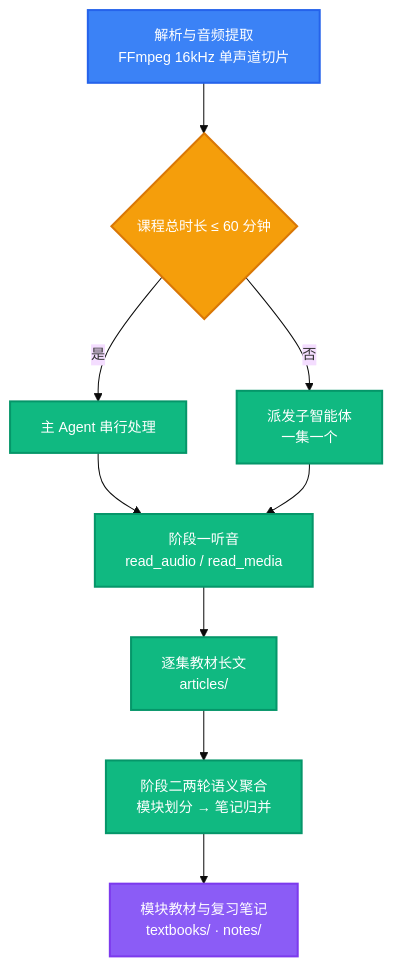
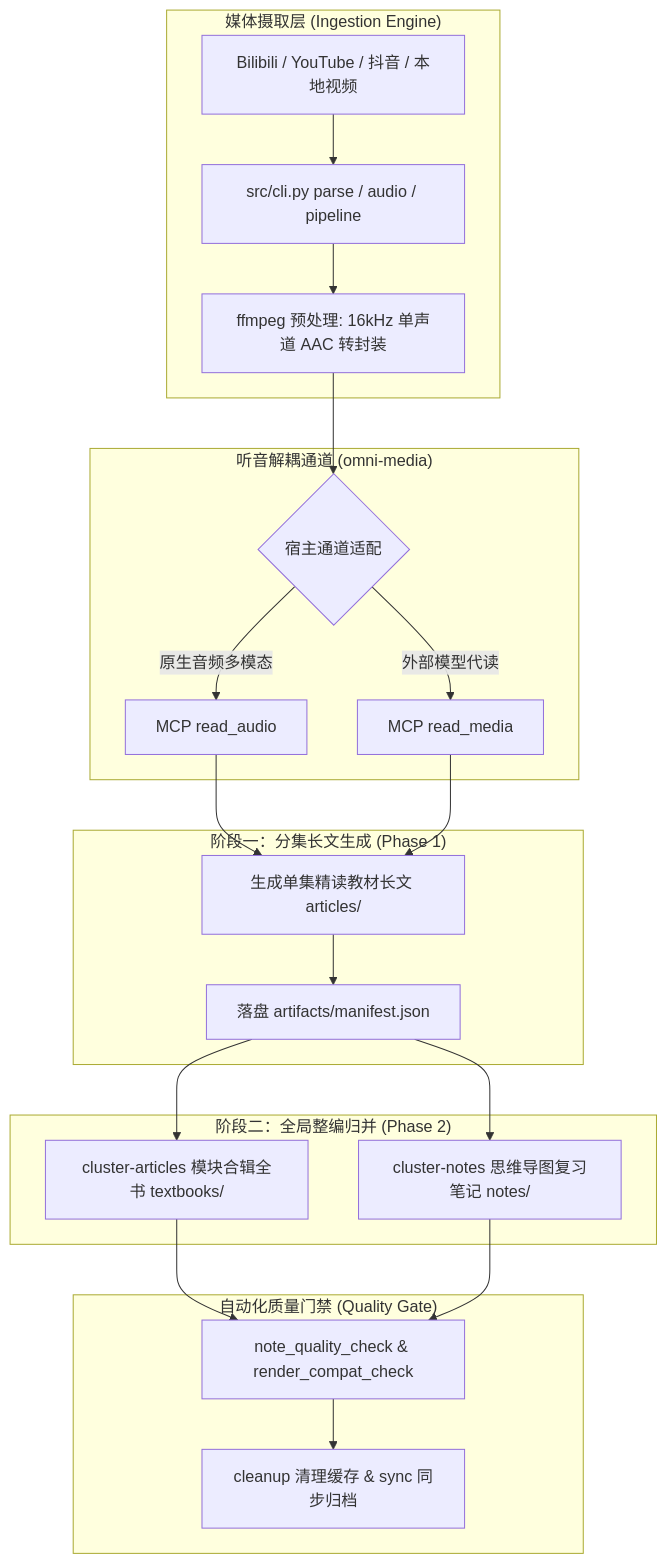
Before and after one commit to LINJIANG12/bili-video2book: the diagram in README.md, drawn with Mermaid. The commit also changed other lines of this file and 1 other file, not shown here.

Commit message:
docs(readme): 按 general-readme-skill 规范重构中英 README（三轨交付 + 架构流程图 + CLI 全量速查）

````diff
--- a/README.md
+++ b/README.md
@@ -142,22 +89,30 @@
 ```mermaid
-%%{init: {'theme': 'base', 'themeVariables': {'fontSize': '14px'}}}%%
 flowchart TD
-    A[解析与音频提取<br/>FFmpeg 16kHz 单声道切片] --> B{课程总时长 ≤ 60 分钟}
-    B -->|是| C[主 Agent 串行处理]
-    B -->|否| D[派发子智能体<br/>一集一个]
-    C --> E[阶段一听音<br/>read_audio / read_media]
-    D --> E
-    E --> F[逐集教材长文<br/>articles/]
-    F --> G[阶段二两轮语义聚合<br/>模块划分 → 笔记归并]
-    G --> H[模块教材与复习笔记<br/>textbooks/ · notes/]
+    subgraph Ingestion["媒体摄取层 (Ingestion Engine)"]
+        A[Bilibili / YouTube / 抖音 / 本地视频] --> B[src/cli.py parse / audio / pipeline]
+        B --> C[ffmpeg 预处理: 16kHz 单声道 AAC 转封装]
+    end
 
-    classDef start fill:#3B82F6,stroke:#2563EB,color:#fff,stroke-width:2px
-    classDef process fill:#10B981,stroke:#059669,color:#fff,stroke-width:2px
-    classDef decision fill:#F59E0B,stroke:#D97706,color:#fff,stroke-width:2px
-    classDef data fill:#8B5CF6,stroke:#7C3AED,color:#fff,stroke-width:2px
+    subgraph AudioEngine["听音解耦通道 (omni-media)"]
+        C --> D{宿主通道适配}
+        D -->|原生音频多模态| E[MCP read_audio]
+        D -->|外部模型代读| F[MCP read_media]
+    end
 
-    class A start
-    class C,D,E,F,G process
-    class B decision
-    class H data
+    subgraph PhaseOne["阶段一：分集长文生成 (Phase 1)"]
+        E --> G[生成单集精读教材长文 articles/]
+        F --> G
+        G --> H[落盘 artifacts/manifest.json]
+    end
+
+    subgraph PhaseTwo["阶段二：全局整编归并 (Phase 2)"]
+        H --> I[cluster-articles 模块合辑全书 textbooks/]
+        H --> J[cluster-notes 思维导图复习笔记 notes/]
+    end
+
+    subgraph Gate["自动化质量门禁 (Quality Gate)"]
+        I --> K[note_quality_check & render_compat_check]
+        J --> K
+        K --> L[cleanup 清理缓存 & sync 同步归档]
+    end
 ```
````
